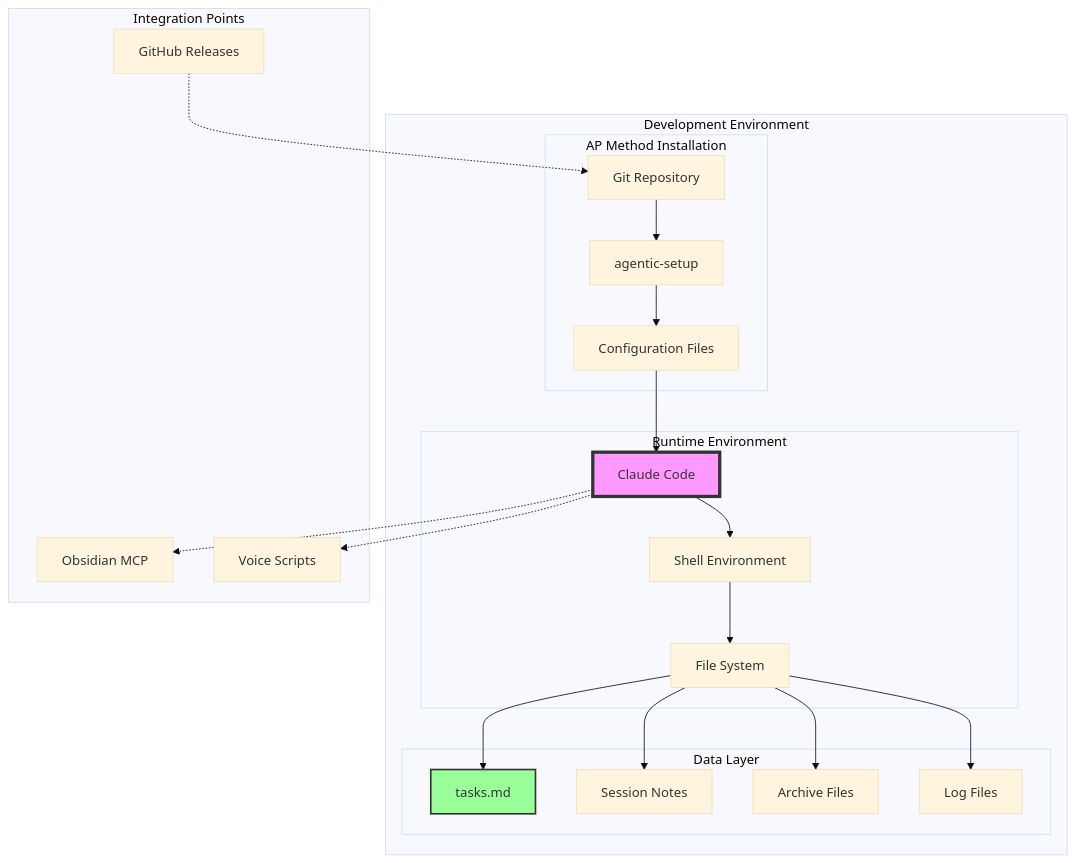
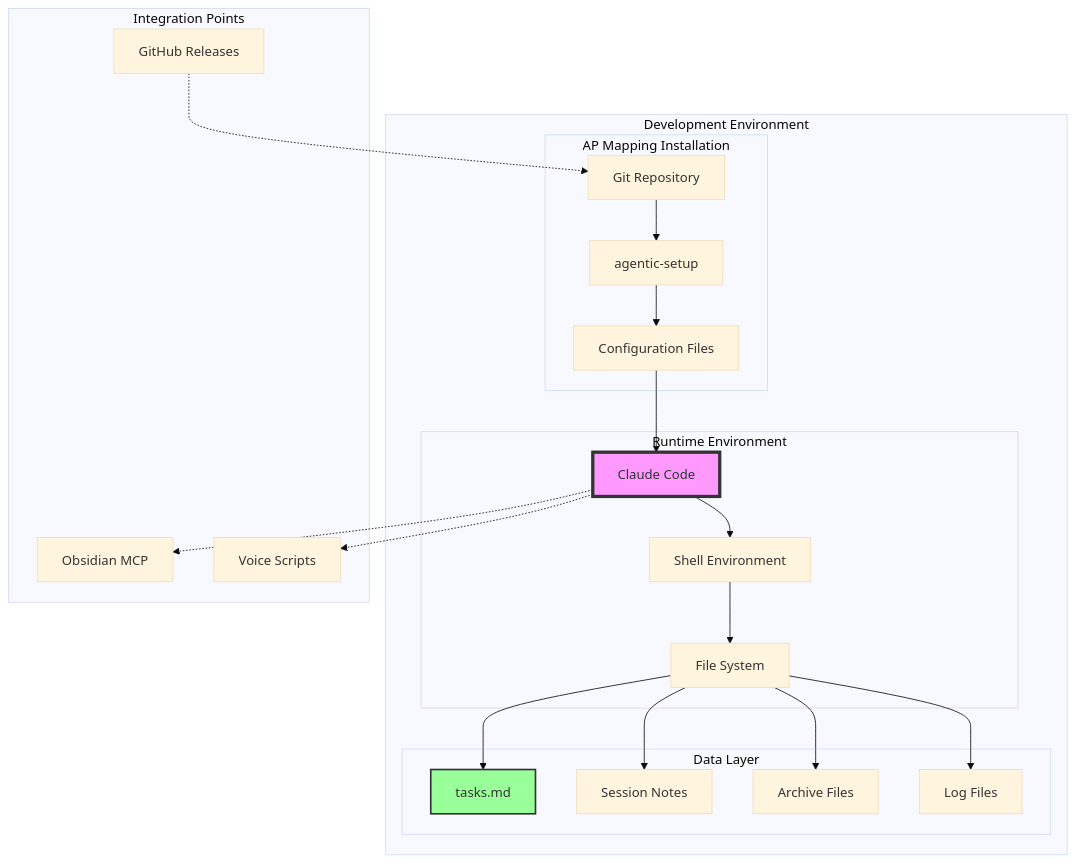
One commit to omayhemo/agent-persona-method changed the ninth of 10 diagrams in project_documentation/base/persona-task-integration-architecture.md. Above: the diagram before and after it, drawn with Mermaid (base theme). The commit also changed other lines of this file and 90 other files, not shown here.

````diff
--- a/project_documentation/base/persona-task-integration-architecture.md
+++ b/project_documentation/base/persona-task-integration-architecture.md
@@ -669,48 +669,48 @@
 ```mermaid
 graph TB
     subgraph "Development Environment"
-        subgraph "AP Method Installation"
+        subgraph "AP Mapping Installation"
             GR[Git Repository]
             AS[agentic-setup]
             CF[Configuration Files]
         end
         
         subgraph "Runtime Environment"
             CC[Claude Code]
             FS[File System]
             SH[Shell Environment]
         end
         
         subgraph "Data Layer"
             TF[tasks.md]
             SF[Session Notes]
             AF[Archive Files]
             LF[Log Files]
         end
     end
     
     subgraph "Integration Points"
         GH[GitHub Releases]
         OB[Obsidian MCP]
         VC[Voice Scripts]
     end
     
     GR --> AS
     AS --> CF
     CF --> CC
     
     CC --> SH
     SH --> FS
     
     FS --> TF
     FS --> SF
     FS --> AF
     FS --> LF
     
     CC -.-> OB
     CC -.-> VC
     GH -.-> GR
     
     style CC fill:#f9f,stroke:#333,stroke-width:4px
     style TF fill:#9f9,stroke:#333,stroke-width:2px
 ```
````
